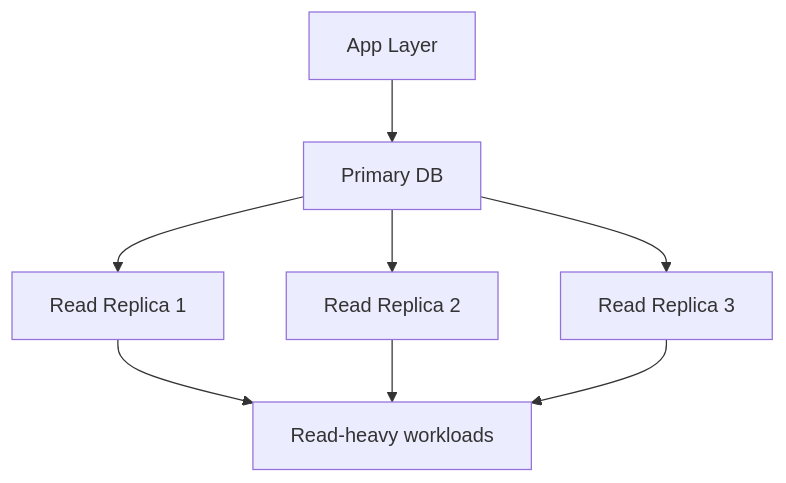
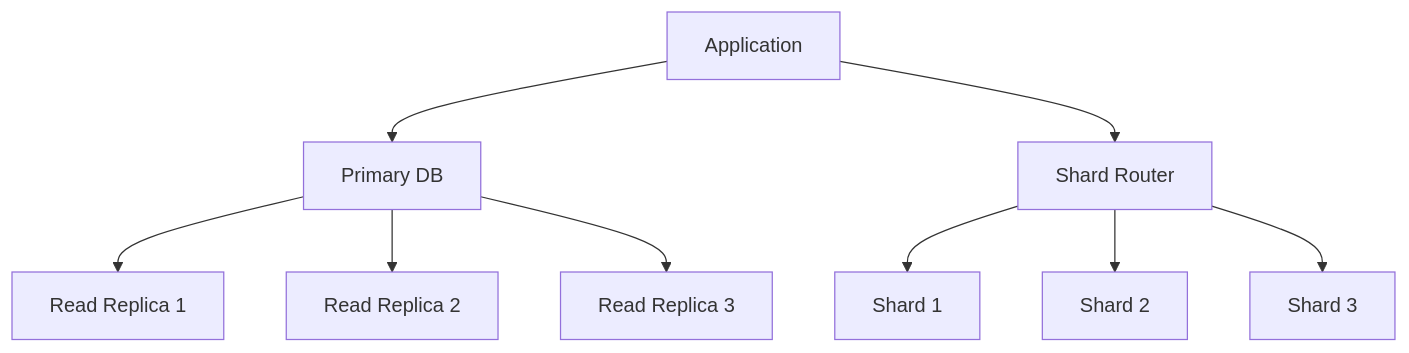
Before and after one commit to quesiblaq442-del/architecture-diagram: the ninth of 26 diagrams in ARCHITECTURE.md, drawn with Mermaid. The commit also changed other lines of this file, not shown here.

Commit message:
Refresh the architecture document for a more polished, eye-catching overview

````diff
--- a/ARCHITECTURE.md
+++ b/ARCHITECTURE.md
@@ -235,10 +238,12 @@
 ```mermaid
 graph TB
-    App["App Layer"] --> Primary["Primary DB"]
-    Primary --> Replica1["Read Replica 1"]
-    Primary --> Replica2["Read Replica 2"]
-    Primary --> Replica3["Read Replica 3"]
-    Replica1 --> Read["Read-heavy workloads"]
-    Replica2 --> Read
-    Replica3 --> Read
+    App["Application"] --> Primary["Primary DB"]
+    Primary --> R1["Read Replica 1"]
+    Primary --> R2["Read Replica 2"]
+    Primary --> R3["Read Replica 3"]
+
+    App --> Router["Shard Router"]
+    Router --> S1["Shard 1"]
+    Router --> S2["Shard 2"]
+    Router --> S3["Shard 3"]
 ```
````
